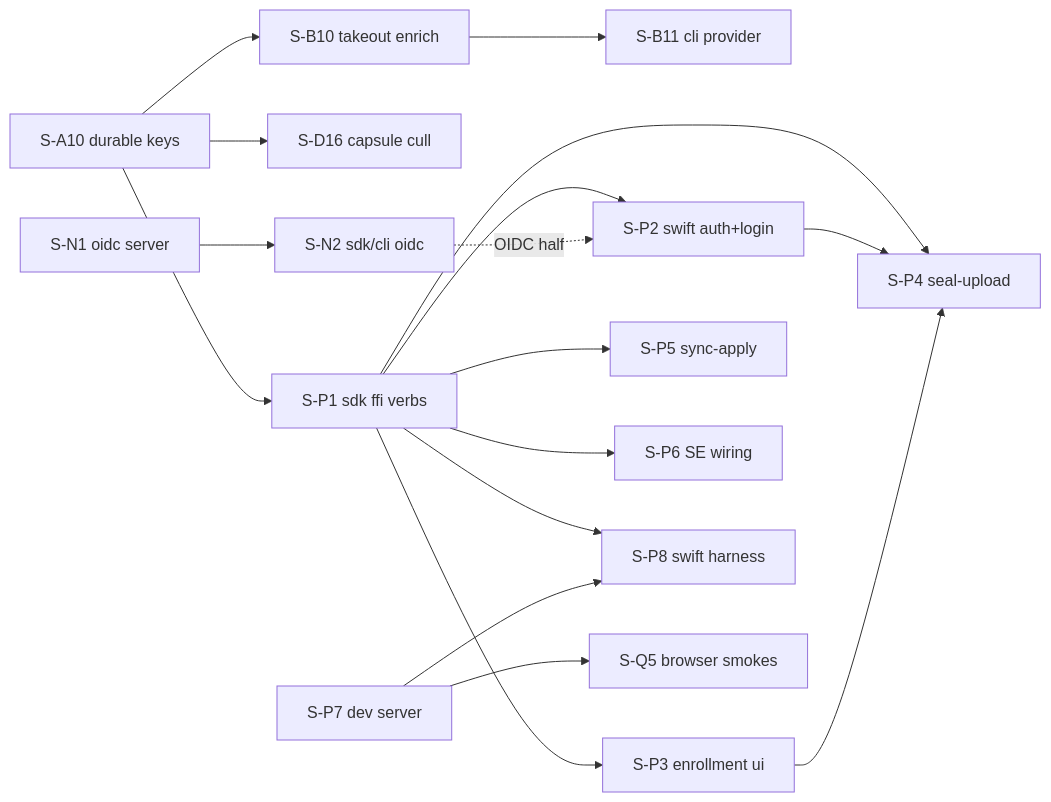
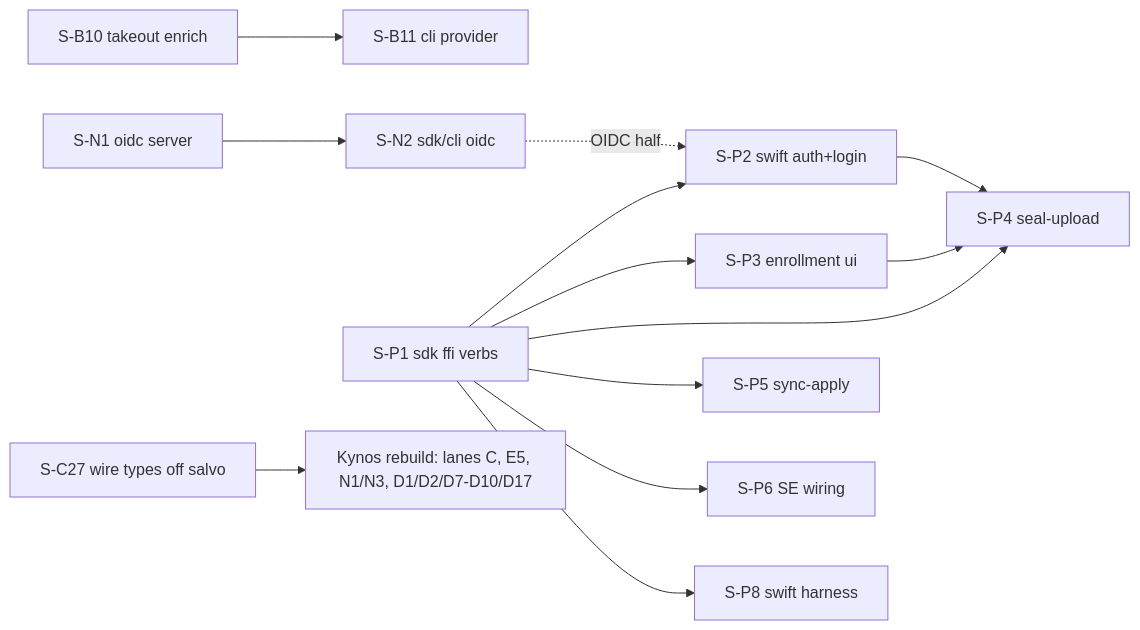
Before and after one commit to Capsulsaurus/Capsule: the diagram in SLICES.md, drawn with Mermaid. The commit also changed other lines of this file, not shown here.

````diff
--- a/SLICES.md
+++ b/SLICES.md
@@ -240,18 +313,15 @@
 ```mermaid
 graph LR
-  A10[S-A10 durable keys] --> B10[S-B10 takeout enrich] --> B11[S-B11 cli provider]
-  A10 --> D16[S-D16 capsule cull]
-  A10 --> P1[S-P1 sdk ffi verbs]
+  B10[S-B10 takeout enrich] --> B11[S-B11 cli provider]
   N1[S-N1 oidc server] --> N2[S-N2 sdk/cli oidc]
-  P1 --> P2[S-P2 swift auth+login]
+  P1[S-P1 sdk ffi verbs] --> P2[S-P2 swift auth+login]
   P1 --> P3[S-P3 enrollment ui]
   P1 --> P4[S-P4 seal-upload]
   P2 --> P4
   P3 --> P4
   P1 --> P5[S-P5 sync-apply]
   P1 --> P6[S-P6 SE wiring]
   P1 --> P8[S-P8 swift harness]
-  P7[S-P7 dev server] --> P8
-  P7 --> Q5[S-Q5 browser smokes]
   N2 -.OIDC half.-> P2
+  C27[S-C27 wire types off salvo] --> KYNOS[Kynos rebuild: lanes C, E5, N1/N3, D1/D2/D7-D10/D17]
 ```
````
